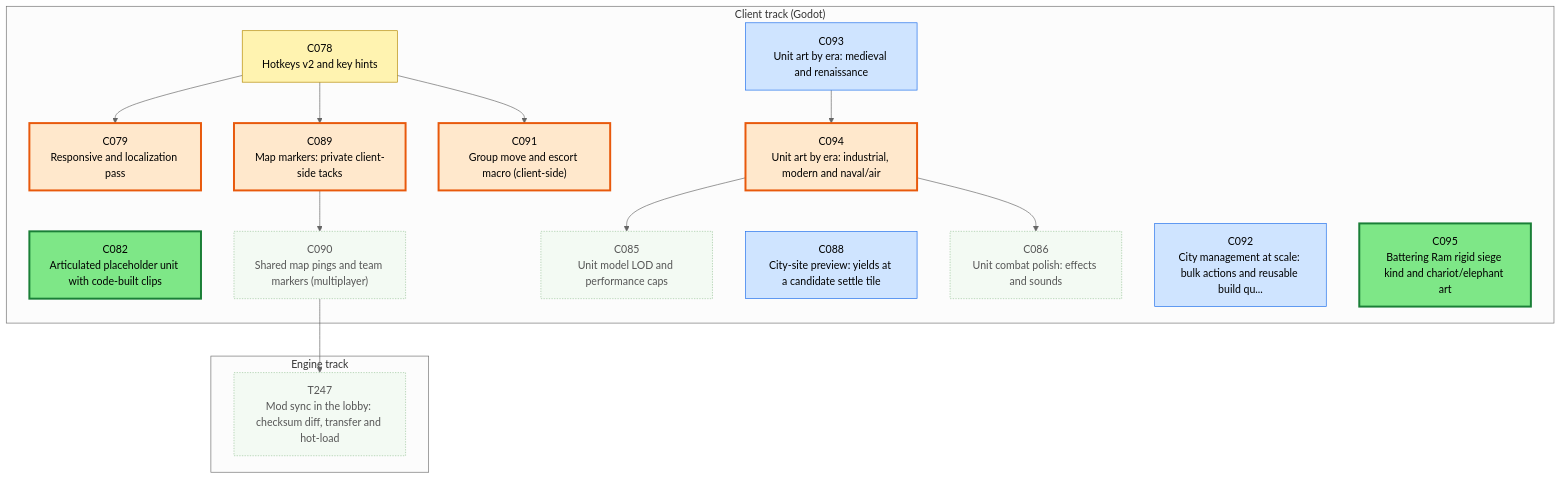
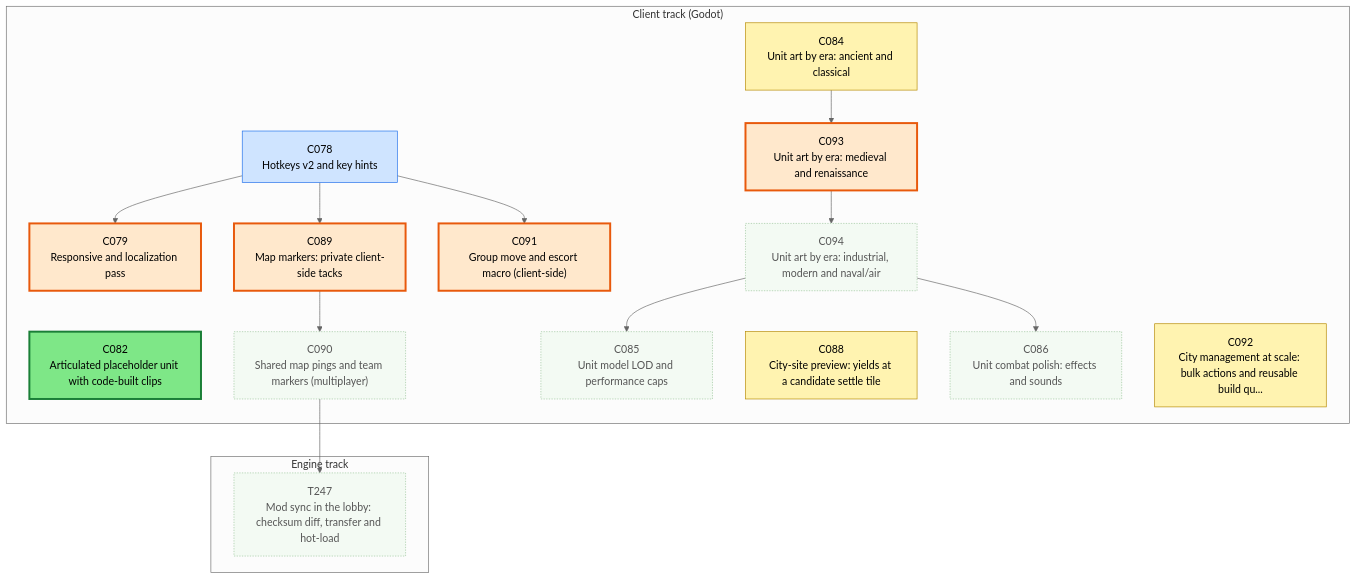
One commit to Kenmura/Unciv changed the first of 3 diagrams in csharp/migration/DEPENDENCY_MAP.md. Above: the diagram before and after it, drawn with Mermaid (neutral theme). The commit also changed other lines of this file and 17 other files, not shown here.

````diff
--- a/csharp/migration/DEPENDENCY_MAP.md
+++ b/csharp/migration/DEPENDENCY_MAP.md
@@ -25,50 +25,51 @@
 ```mermaid
 flowchart TD
   subgraph TTRACK["Engine track"]
     T247["T247<br/>Mod sync in the lobby: checksum diff, transfer and hot-load"]
   end
   subgraph CTRACK["Client track (Godot)"]
     C078["C078<br/>Hotkeys v2 and key hints"]
     C079["C079<br/>Responsive and localization pass"]
     C082["C082<br/>Articulated placeholder unit with code-built clips"]
+    C084["C084<br/>Unit art by era: ancient and classical"]
     C085["C085<br/>Unit model LOD and performance caps"]
     C086["C086<br/>Unit combat polish: effects and sounds"]
     C088["C088<br/>City-site preview: yields at a candidate settle tile"]
     C089["C089<br/>Map markers: private client-side tacks"]
     C090["C090<br/>Shared map pings and team markers (multiplayer)"]
     C091["C091<br/>Group move and escort macro (client-side)"]
     C092["C092<br/>City management at scale: bulk actions and reusable build qu..."]
     C093["C093<br/>Unit art by era: medieval and renaissance"]
     C094["C094<br/>Unit art by era: industrial, modern and naval/air"]
-    C095["C095<br/>Battering Ram rigid siege kind and chariot/elephant art"]
   end
   C090 --> T247
   C078 --> C079
   C094 --> C085
   C094 --> C086
   C078 --> C089
   C089 --> C090
   C078 --> C091
+  C084 --> C093
   C093 --> C094
   classDef waiting fill:#f3faf3,stroke:#9bc49b,color:#555,stroke-dasharray:2 2
   classDef ondeck fill:#ffe8cc,stroke:#e8590c,stroke-width:3px,color:#000
   classDef ready fill:#7ee787,stroke:#1a7f37,stroke-width:3px,color:#000
   classDef prog fill:#fff3b0,stroke:#b58900,color:#000
   classDef review fill:#cfe4ff,stroke:#1f6feb,color:#000
   classDef blocked fill:#ffd6d6,stroke:#c62828,color:#000
   classDef done fill:#eeeeee,stroke:#999999,color:#666,stroke-dasharray:4 3
-  class C078 prog
+  class C078 review
   class C079 ondeck
   class C082 ready
+  class C084 prog
   class C085 waiting
   class C086 waiting
-  class C088 review
+  class C088 prog
   class C089 ondeck
   class C090 waiting
   class C091 ondeck
-  class C092 review
-  class C093 review
-  class C094 ondeck
-  class C095 ready
+  class C092 prog
+  class C093 ondeck
+  class C094 waiting
   class T247 waiting
 ```
````
